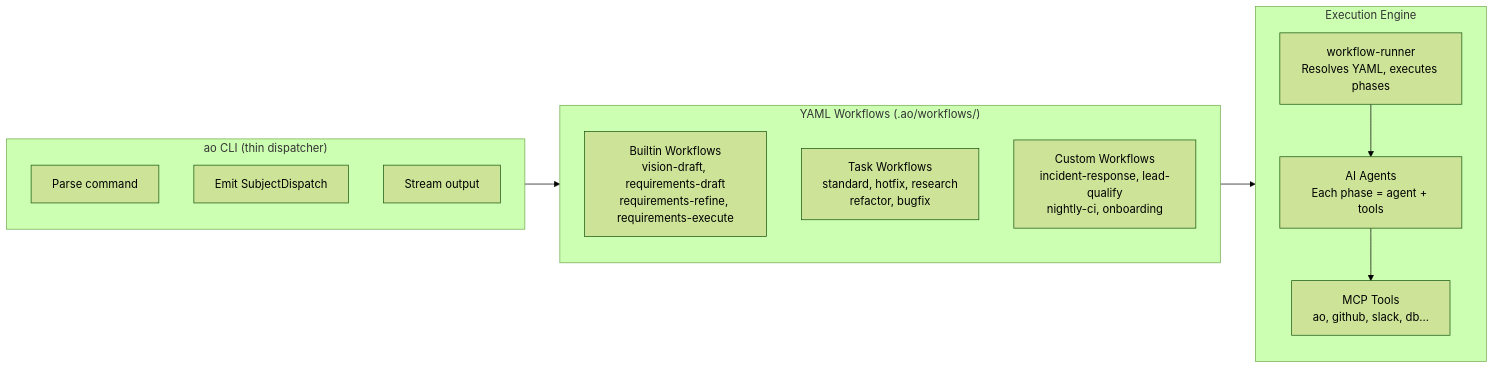
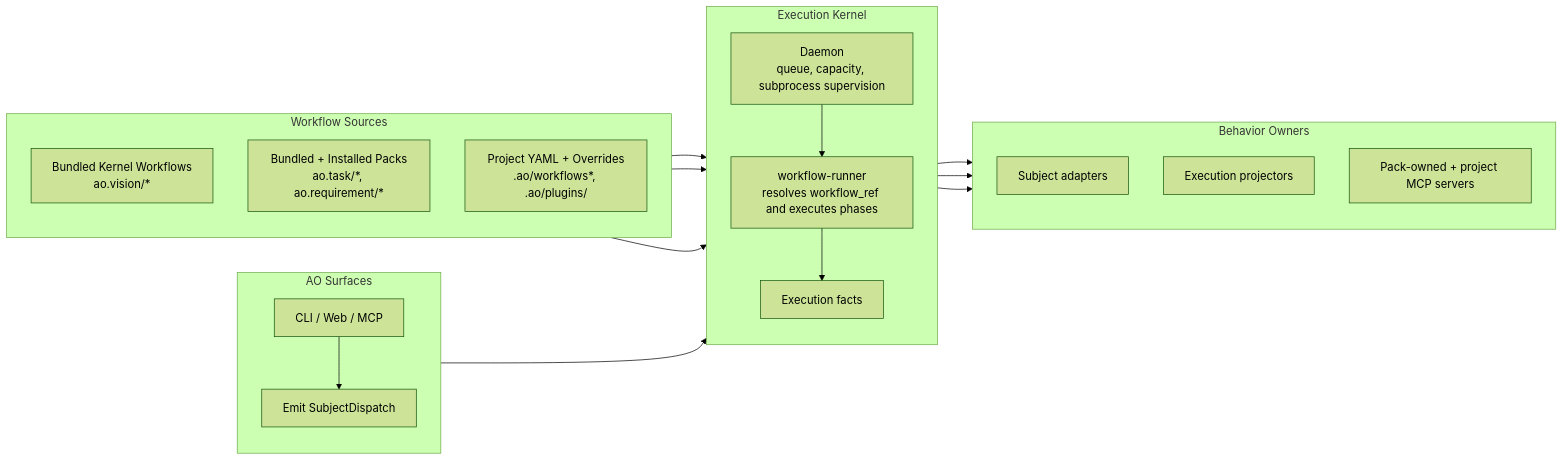
The diagram in docs/concepts/how-ao-works.md (renakdata17/animus-cli), drawn with Mermaid (forest theme) before and after one commit. The commit also changed other lines of this file and 61 other files, not shown here.

Commit message:
feat: complete plugin-pack workflow migration

````diff
--- a/docs/concepts/how-ao-works.md
+++ b/docs/concepts/how-ao-works.md
@@ -9,27 +8,40 @@
 ```mermaid
 flowchart LR
-    subgraph CLI["ao CLI (thin dispatcher)"]
+    subgraph CLI["AO Surfaces"]
         direction TB
-        cmd["Parse command"]
+        cli["CLI / Web / MCP"]
         dispatch["Emit SubjectDispatch"]
-        output["Stream output"]
     end
 
-    subgraph YAML["YAML Workflows (.ao/workflows/)"]
+    subgraph SOURCES["Workflow Sources"]
         direction TB
-        builtin["Builtin Workflows<br/>vision-draft, requirements-draft<br/>requirements-refine, requirements-execute"]
-        task_wf["Task Workflows<br/>standard, hotfix, research<br/>refactor, bugfix"]
-        custom["Custom Workflows<br/>incident-response, lead-qualify<br/>nightly-ci, onboarding"]
+        kernel["Bundled Kernel Workflows<br/>ao.vision/*"]
+        packs["Bundled + Installed Packs<br/>ao.task/*, ao.requirement/*"]
+        project["Project YAML + Overrides<br/>.ao/workflows*, .ao/plugins/"]
     end
 
-    subgraph ENGINE["Execution Engine"]
-        runner["workflow-runner<br/>Resolves YAML, executes phases"]
-        agents["AI Agents<br/>Each phase = agent + tools"]
-        tools["MCP Tools<br/>ao, github, slack, db..."]
+    subgraph ENGINE["Execution Kernel"]
+        direction TB
+        daemon["Daemon<br/>queue, capacity, subprocess supervision"]
+        runner["workflow-runner<br/>resolves workflow_ref and executes phases"]
+        facts["Execution facts"]
     end
 
-    CLI --> YAML
-    YAML --> ENGINE
-    agents --> tools
-    runner --> agents
+    subgraph BEHAVIOR["Behavior Owners"]
+        direction TB
+        adapters["Subject adapters"]
+        projectors["Execution projectors"]
+        mcp["Pack-owned + project MCP servers"]
+    end
+
+    cli --> dispatch
+    dispatch --> daemon
+    daemon --> runner
+    kernel --> runner
+    packs --> runner
+    project --> runner
+    runner --> facts
+    facts --> projectors
+    runner --> mcp
+    runner --> adapters
 ```
````
